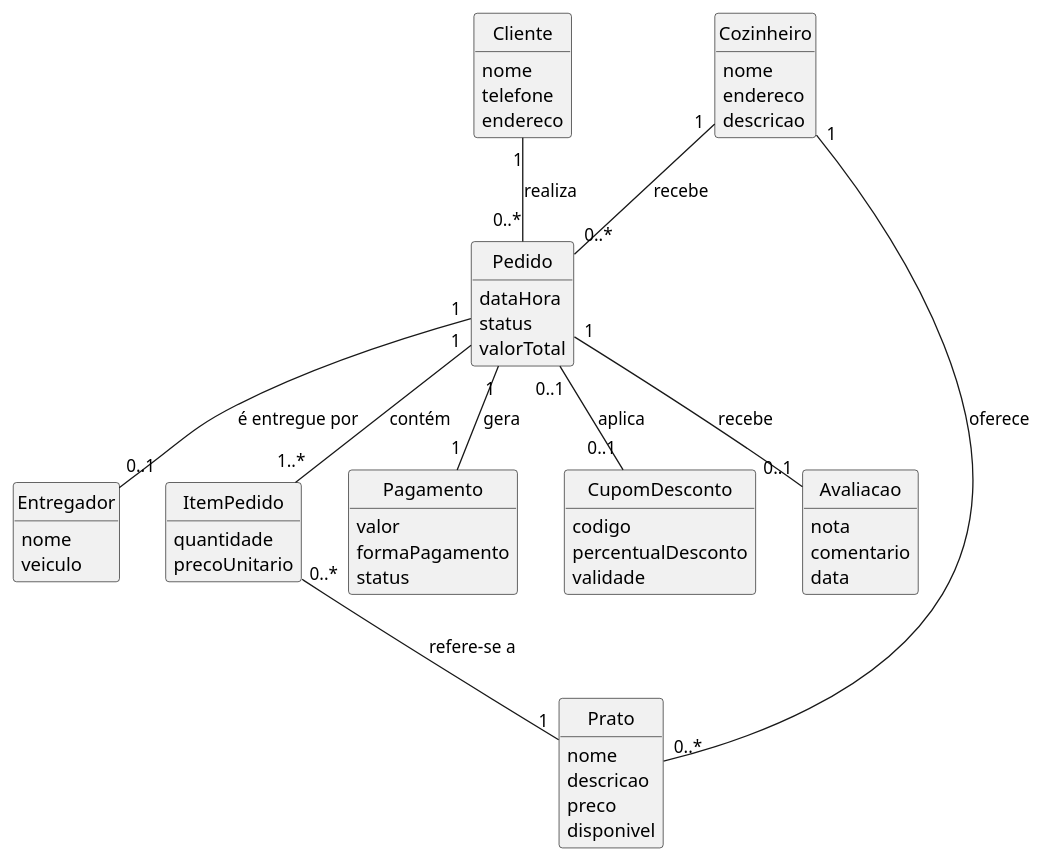
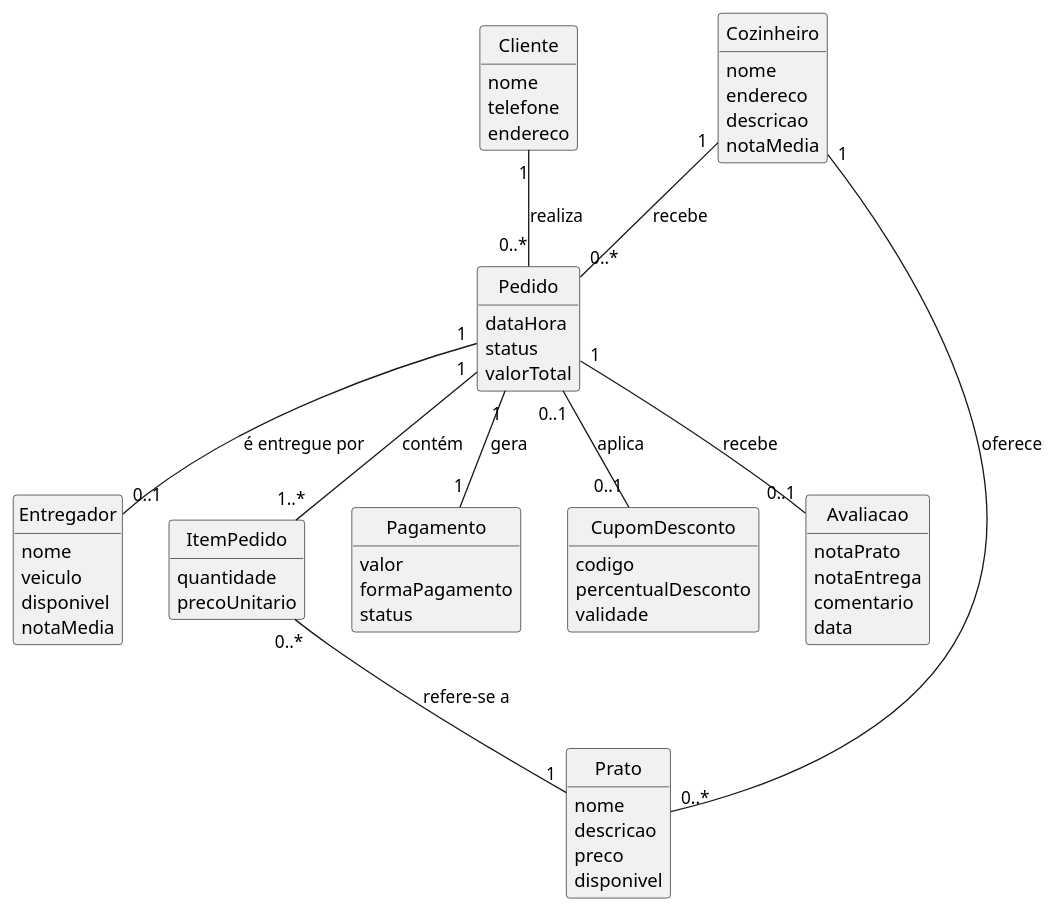
Before and after one commit to samuelpattomack/SaborBrasileiro: the diagram in diagramas/modelo-dominio.puml, drawn with PlantUML. The commit also changed 9 other files, not shown here.

Commit message:
Adiciona diagramas de sequencia

```diff
--- a/diagramas/modelo-dominio.puml
+++ b/diagramas/modelo-dominio.puml
@@ -1,70 +1,74 @@
 @startuml SaborBrasileiro - Modelo de Domínio
 
 skinparam classAttributeIconSize 0
 hide circle
 hide methods
 
 class Cliente {
   nome
   telefone
   endereco
 }
 
 class Cozinheiro {
   nome
   endereco
   descricao
+  notaMedia
 }
 
 class Entregador {
   nome
   veiculo
+  disponivel
+  notaMedia
 }
 
 class Prato {
   nome
   descricao
   preco
   disponivel
 }
 
 class Pedido {
   dataHora
   status
   valorTotal
 }
 
 class ItemPedido {
   quantidade
   precoUnitario
 }
 
 class Pagamento {
   valor
   formaPagamento
   status
 }
 
 class CupomDesconto {
   codigo
   percentualDesconto
   validade
 }
 
 class Avaliacao {
-  nota
+  notaPrato
+  notaEntrega
   comentario
   data
 }
 
 Cliente "1" -- "0..*" Pedido : realiza
 Cozinheiro "1" -- "0..*" Prato : oferece
 Cozinheiro "1" -- "0..*" Pedido : recebe
 Pedido "1" -- "1..*" ItemPedido : contém
 ItemPedido "0..*" -- "1" Prato : refere-se a
 Pedido "1" -- "1" Pagamento : gera
 Pedido "0..1" -- "0..1" CupomDesconto : aplica
 Pedido "1" -- "0..1" Entregador : é entregue por
 Pedido "1" -- "0..1" Avaliacao : recebe
 
 @enduml
```
